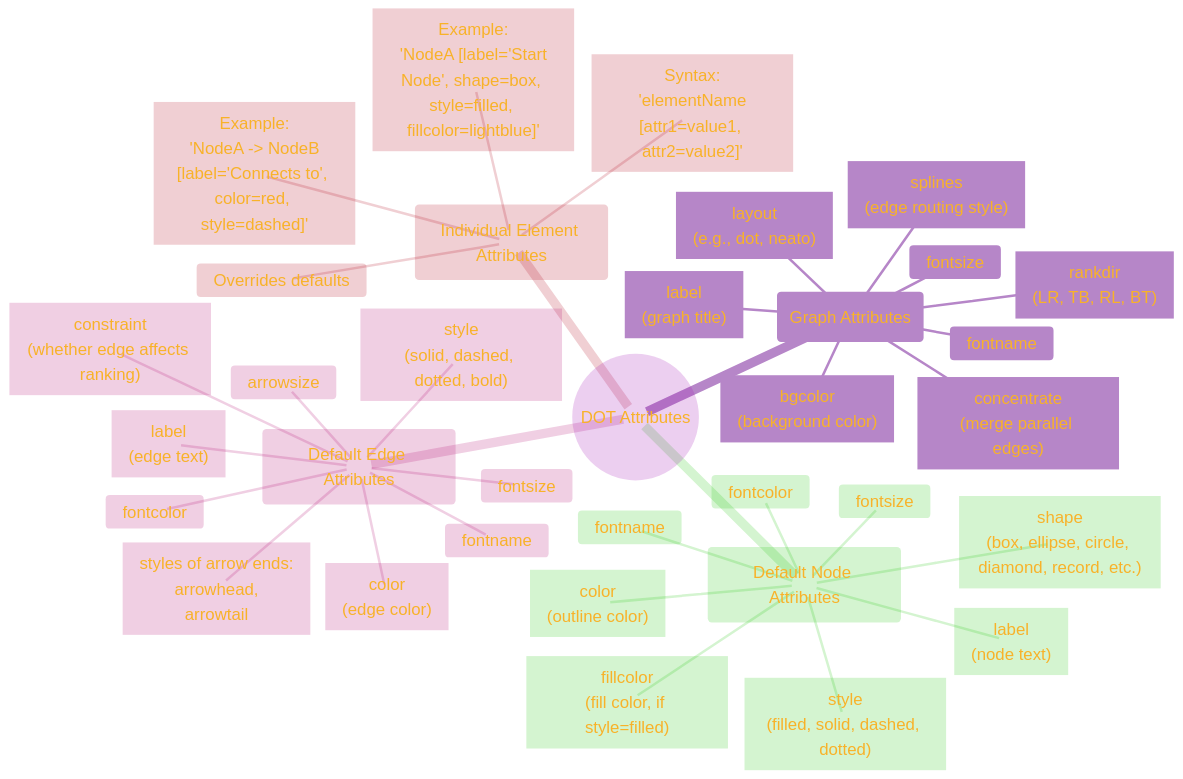
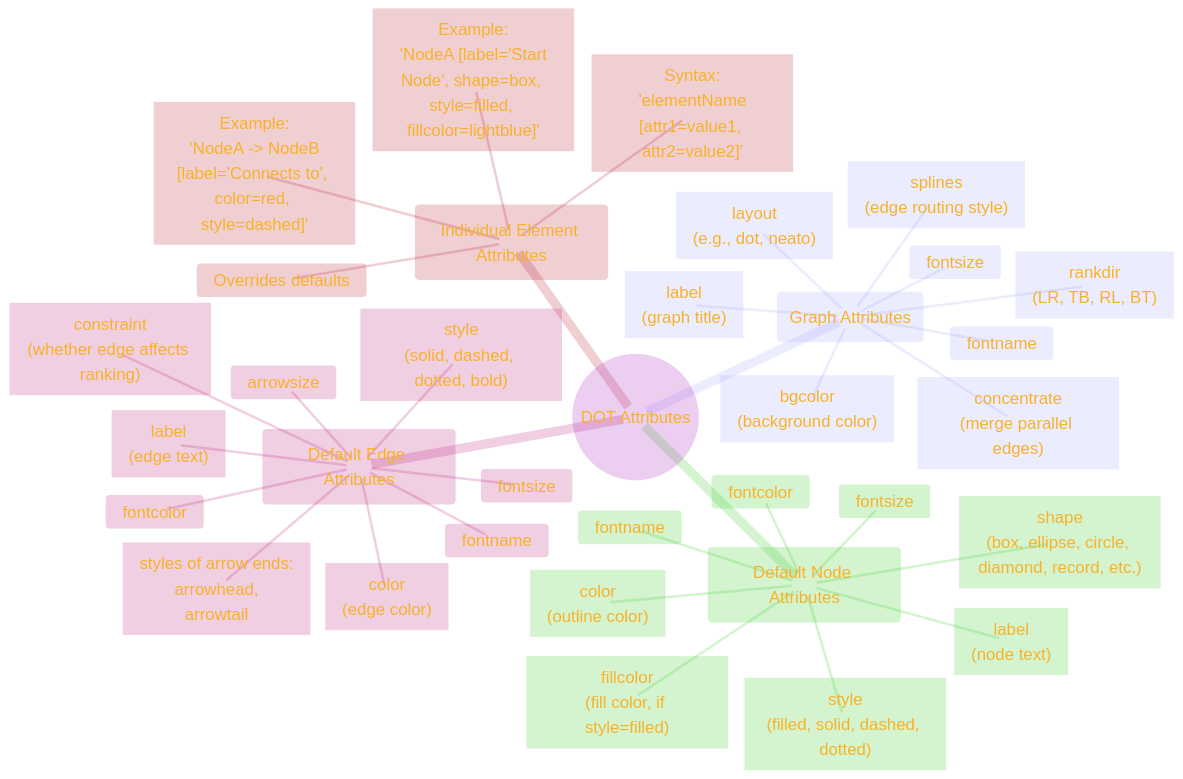
One commit to CongLeSolutionX/The-Language-Atlas changed the first of 3 diagrams in regions/DOT_language/landmarks_and_concepts/02_Attributes_Styling.md. Above: the diagram before and after it, drawn with Mermaid. The commit also changed 10 other files, not shown here.

````diff
--- a/regions/DOT_language/landmarks_and_concepts/02_Attributes_Styling.md
+++ b/regions/DOT_language/landmarks_and_concepts/02_Attributes_Styling.md
@@ -29,66 +29,66 @@
 ```mermaid
 ---
 title: "CHANGE_ME_DADDY"
 author: "Cong Le"
 version: "1.0"
 license(s): "MIT, CC BY 4.0"
 copyright: "Copyright (c) 2025 Cong Le. All Rights Reserved."
 config:
   theme: base
 ---
 %%%%%%%% Mermaid version v11.4.1-b.14
 %%{
   init: {
     'fontFamily': 'Monaco',
     'themeVariables': {
       'primaryColor': '#D5E3',
       'primaryTextColor': '#F8B229',
       'primaryBorderColor': '#27AE60',
-      'secondaryColor': '#EBDEF0',
+      'secondaryColor': '#EEF2',
       'secondaryTextColor': '#6C3483',
       'secondaryBorderColor': '#A569BD',
       'fontSize': '20px'
     }
   }
 }%%
 mindmap
 root(("DOT Attributes"))
     Graph_Attributes("Graph Attributes")
     ::icon(fa fa-project-diagram)
         layout["layout<br/>(e.g., dot, neato)"]
         rankdir["rankdir<br/>(LR, TB, RL, BT)"]
         bgcolor["bgcolor<br/>(background color)"]
         label["label<br/>(graph title)"]
         fontname
         fontsize
         splines["splines<br/>(edge routing style)"]
         concentrate["concentrate<br/>(merge parallel edges)"]
     Default_Node_Attributes("Default Node Attributes")
     ::icon(fa fa-circle)
         shape["shape<br/>(box, ellipse, circle, diamond, record, etc.)"]
         style["style<br/>(filled, solid, dashed, dotted)"]
         color["color<br/>(outline color)"]
         fillcolor["fillcolor<br/>(fill color, if style=filled)"]
         fontname
         fontsize
         fontcolor
         label["label<br/>(node text)"]
     Default_Edge_Attributes("Default Edge Attributes")
     ::icon(fa fa- condividi-alt)
         style["style<br/>(solid, dashed, dotted, bold)"]
         color["color<br/>(edge color)"]
         styles_of_arrow_ends["styles of arrow ends:<br/>arrowhead,<br/> arrowtail"]
         arrowsize
         label["label<br/>(edge text)"]
         fontname
         fontsize
         fontcolor
         constraint["constraint<br/>(whether edge affects ranking)"]
     Individual_Element_Attributes("Individual Element Attributes")
     ::icon(fa fa-paint-brush)
         Overrides defaults
         Syntax["Syntax:<br/> 'elementName [attr1=value1, attr2=value2]'"]
         Example["Example:<br/> 'NodeA [label='Start Node', shape=box, style=filled, fillcolor=lightblue]'"]
         Example["Example:<br/> 'NodeA -> NodeB [label='Connects to', color=red, style=dashed]'"]
       
 ```
````
